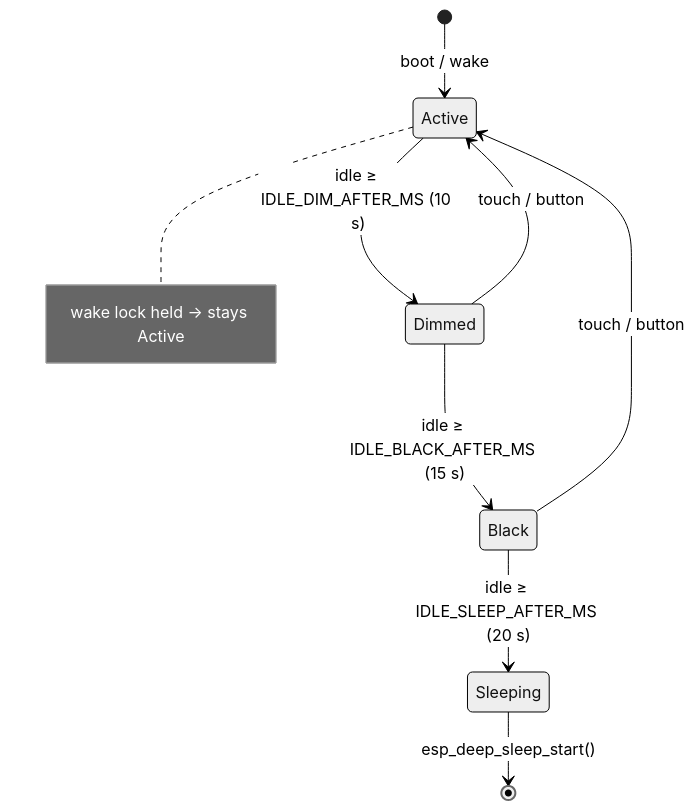
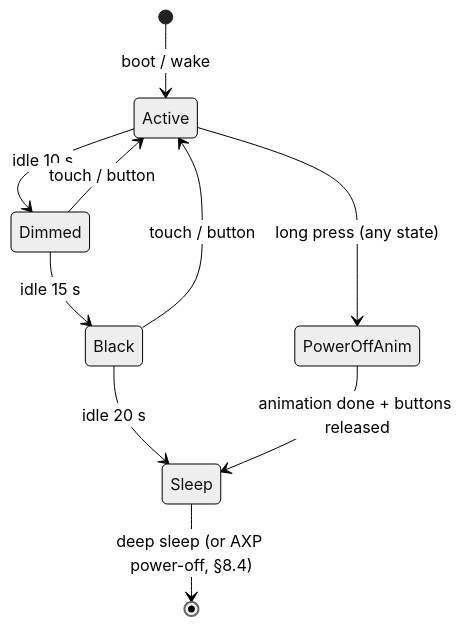
One commit to EbrithilNogare/ESP32-AMOLED changed the second of 2 diagrams in docs/ARCHITECTURE.md. Above: the diagram before and after it, drawn with Mermaid (neutral theme). The commit also changed other lines of this file and 9 other files, not shown here.

````diff
--- a/docs/ARCHITECTURE.md
+++ b/docs/ARCHITECTURE.md
@@ -201,11 +278,12 @@
 ```mermaid
 stateDiagram-v2
     [*] --> Active: boot / wake
-    Active --> Dimmed: idle ≥ IDLE_DIM_AFTER_MS (10 s)
-    Dimmed --> Black: idle ≥ IDLE_BLACK_AFTER_MS (15 s)
-    Black --> Sleeping: idle ≥ IDLE_SLEEP_AFTER_MS (20 s)
+    Active --> Dimmed: idle 10 s
+    Dimmed --> Black: idle 15 s
+    Black --> Sleep: idle 20 s
     Dimmed --> Active: touch / button
     Black --> Active: touch / button
-    Sleeping --> [*]: esp_deep_sleep_start()
-    note right of Active: wake lock held → stays Active
+    Sleep --> [*]: deep sleep (or AXP power-off, §8.4)
+    Active --> PowerOffAnim: long press (any state)
+    PowerOffAnim --> Sleep: animation done + buttons released
 ```
````
